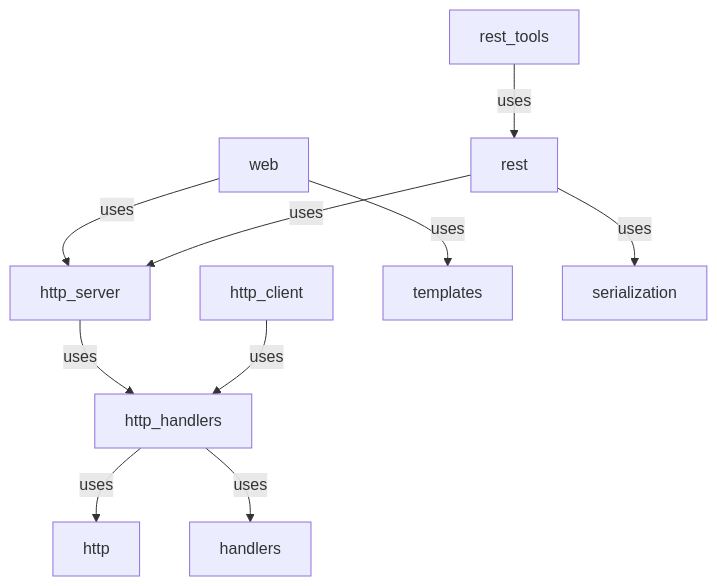
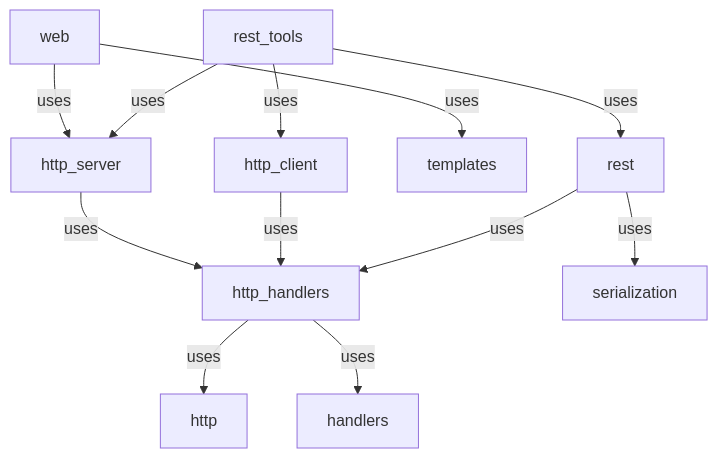
One commit to hexagontk/hexagon changed the diagram in site/pages/index.md. Above: the diagram before and after it, drawn with Mermaid. The commit also changed 59 other files, not shown here.

````diff
--- a/site/pages/index.md
+++ b/site/pages/index.md
@@ -175,12 +175,14 @@
 ```mermaid
 graph TD
   http_handlers -->|uses| http
   http_handlers -->|uses| handlers
   http_server -->|uses| http_handlers
   http_client -->|uses| http_handlers
   web -->|uses| http_server
   web -->|uses| templates
-  rest -->|uses| http_server
+  rest -->|uses| http_handlers
   rest -->|uses| serialization
   rest_tools -->|uses| rest
+  rest_tools -->|uses| http_server
+  rest_tools -->|uses| http_client
 ```
````
